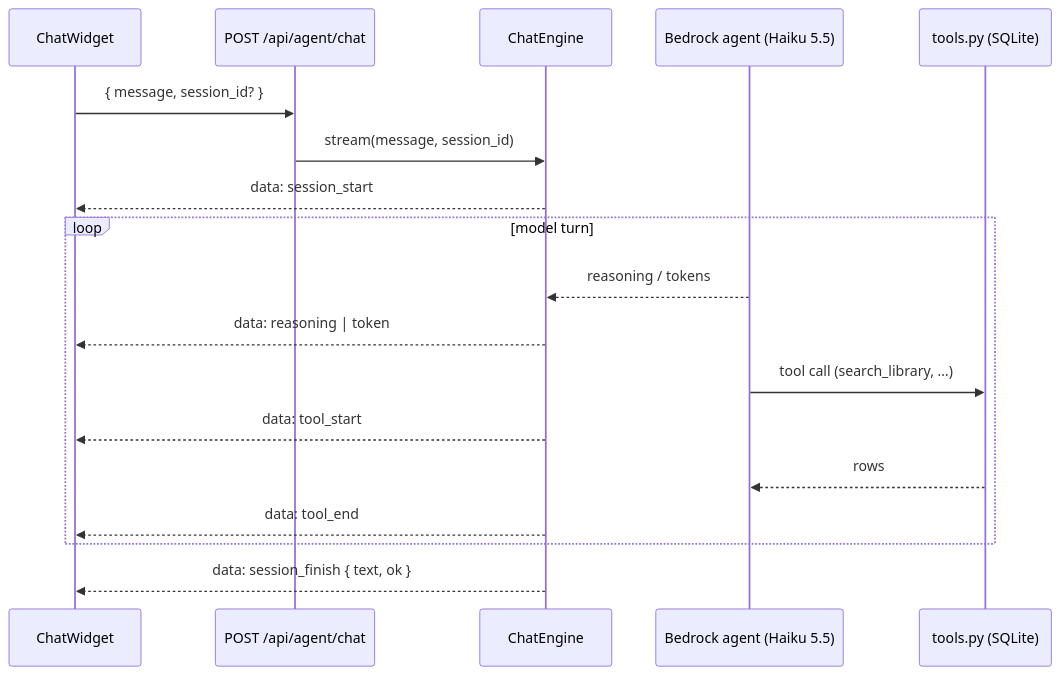
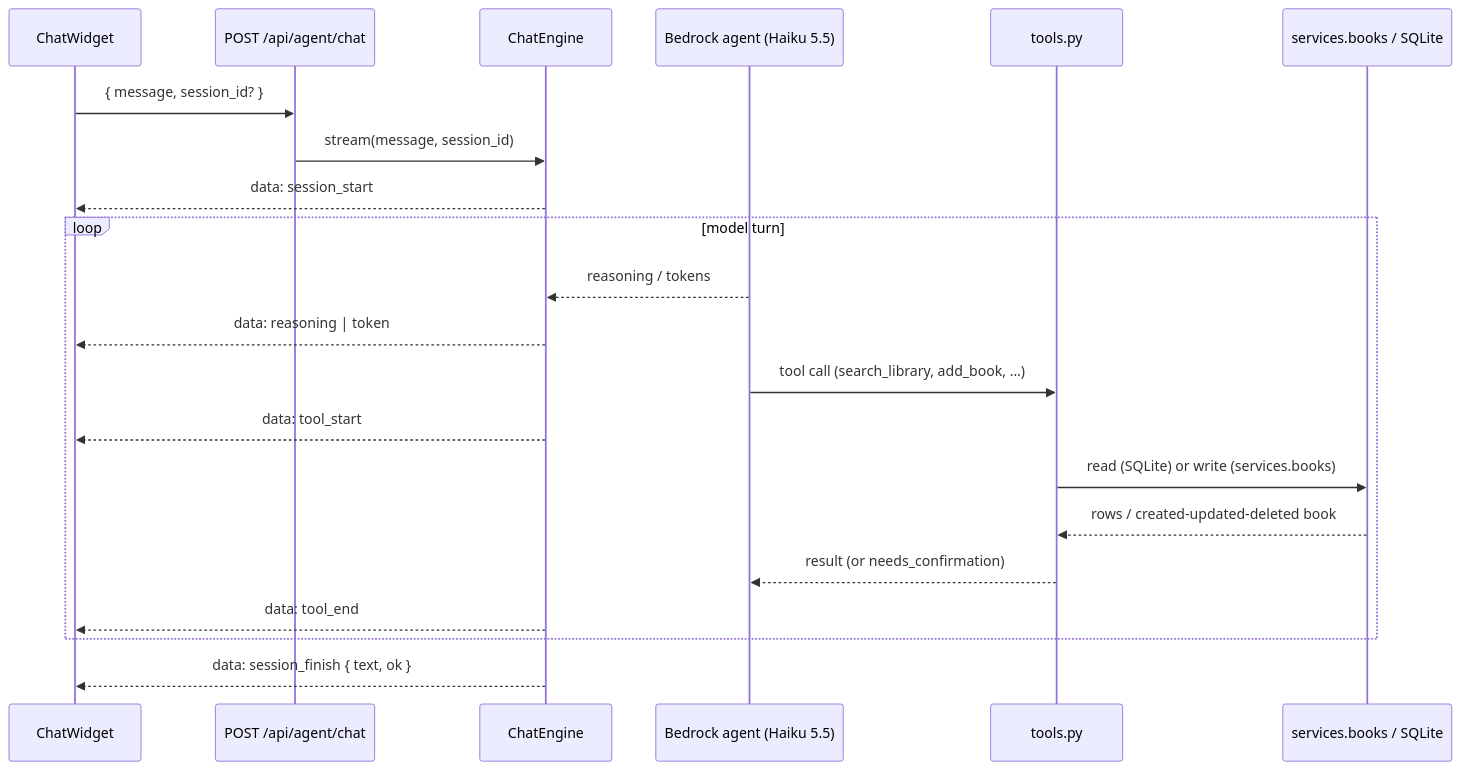
Before and after one commit to gmiszcz/shelfie: the diagram in docs/features/chatbot.md, drawn with Mermaid. The commit also changed other lines of this file and 7 other files, not shown here.

First line of the commit message:
feat(agent): give library assistant write tools (add/update/set_insights/delete) via services

````diff
--- a/docs/features/chatbot.md
+++ b/docs/features/chatbot.md
@@ -70,21 +122,24 @@
 ```mermaid
 sequenceDiagram
     participant W as ChatWidget
     participant R as POST /api/agent/chat
     participant E as ChatEngine
     participant A as Bedrock agent (Haiku 5.5)
-    participant T as tools.py (SQLite)
+    participant T as tools.py
+    participant S as services.books / SQLite
 
     W->>R: { message, session_id? }
     R->>E: stream(message, session_id)
     E-->>W: data: session_start
     loop model turn
         A-->>E: reasoning / tokens
         E-->>W: data: reasoning | token
-        A->>T: tool call (search_library, …)
+        A->>T: tool call (search_library, add_book, …)
         E-->>W: data: tool_start
-        T-->>A: rows
+        T->>S: read (SQLite) or write (services.books)
+        S-->>T: rows / created-updated-deleted book
+        T-->>A: result (or needs_confirmation)
         E-->>W: data: tool_end
     end
     E-->>W: data: session_finish { text, ok }
 ```
````
